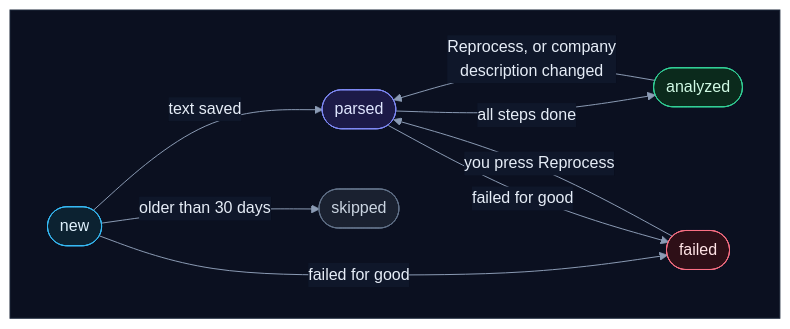
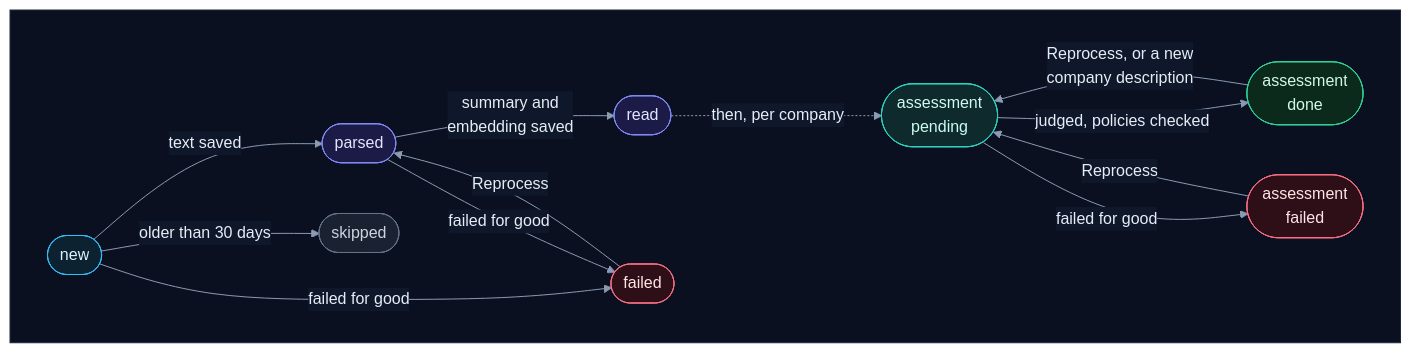
Before and after one commit to selvakumarperumal/Regulatory_Circular_Impact_Agent: the tenth of 14 diagrams in how_the_worker_works.md, drawn with Mermaid. The commit also changed other lines of this file and 8 other files, not shown here.

Commit message:
Document the task queue and multi-company design

````diff
--- a/how_the_worker_works.md
+++ b/how_the_worker_works.md
@@ -428,30 +659,36 @@
 ```mermaid
 %%{init: {"theme": "base", "flowchart": {"diagramPadding": 0}, "themeVariables": {"darkMode": true, "primaryColor": "#16213a", "primaryTextColor": "#e6edf7", "primaryBorderColor": "#475a7a", "lineColor": "#8b9bb4", "secondaryColor": "#1b2436", "tertiaryColor": "#101a2e", "edgeLabelBackground": "#0f172a", "textColor": "#e2e8f0", "clusterBkg": "#0f1728", "clusterBorder": "#2b3a55", "titleColor": "#c4b5fd", "nodeTextColor": "#e6edf7"}}}%%
 flowchart LR
     subgraph canvas[" "]
         direction LR
         c_new(["new"]) -->|"text saved"| c_parsed(["parsed"])
-        c_parsed -->|"all steps done"| c_analyzed(["analyzed"])
+        c_parsed -->|"summary and<br/>embedding saved"| c_read(["read"])
         c_new -->|"older than 30 days"| c_skipped(["skipped"])
         c_new -->|"failed for good"| c_failed(["failed"])
         c_parsed -->|"failed for good"| c_failed
-        c_failed -->|"you press Reprocess"| c_parsed
-        c_analyzed -->|"Reprocess, or company<br/>description changed"| c_parsed
+        c_failed -->|"Reprocess"| c_parsed
+        c_read -.->|"then, per company"| a_pending(["assessment<br/>pending"])
+        a_pending -->|"judged, policies checked"| a_done(["assessment<br/>done"])
+        a_pending -->|"failed for good"| a_failed(["assessment<br/>failed"])
+        a_done -->|"Reprocess, or a new<br/>company description"| a_pending
+        a_failed -->|"Reprocess"| a_pending
     end
     classDef svc fill:#0e2a2c,stroke:#2dd4bf,color:#ccfbf1
     classDef data fill:#1c1a47,stroke:#818cf8,color:#e0e7ff
     classDef ext fill:#2a1640,stroke:#c084fc,color:#f3e8ff
     classDef gpu fill:#2d1b0c,stroke:#fb923c,color:#ffedd5
     classDef ask fill:#2a2410,stroke:#fbbf24,color:#fef3c7
     classDef ok fill:#0b2a1c,stroke:#34d399,color:#d1fae5
     classDef bad fill:#2e0f17,stroke:#fb7185,color:#ffe4e6
     classDef start fill:#1c2a0e,stroke:#a7ef6f,color:#ecfccb
     classDef muted fill:#1a2130,stroke:#64748b,color:#cbd5e1
+    classDef queue fill:#0c2231,stroke:#38bdf8,color:#e0f2fe
     class c_new queued
-    class c_parsed data
-    class c_analyzed ok
-    class c_failed bad
+    class c_parsed,c_read data
+    class c_failed,a_failed bad
     class c_skipped muted
+    class a_pending svc
+    class a_done ok
     classDef queued fill:#0c2231,stroke:#38bdf8,color:#e0f2fe
     style canvas fill:#0b1020,stroke:#1e293b,color:#0b1020
 ```
````
